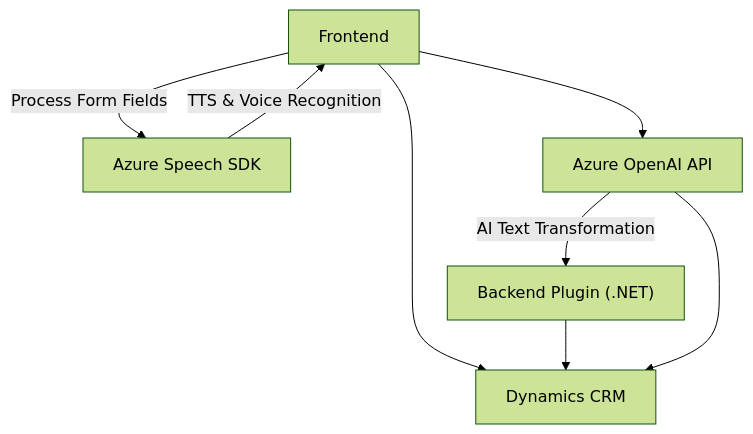
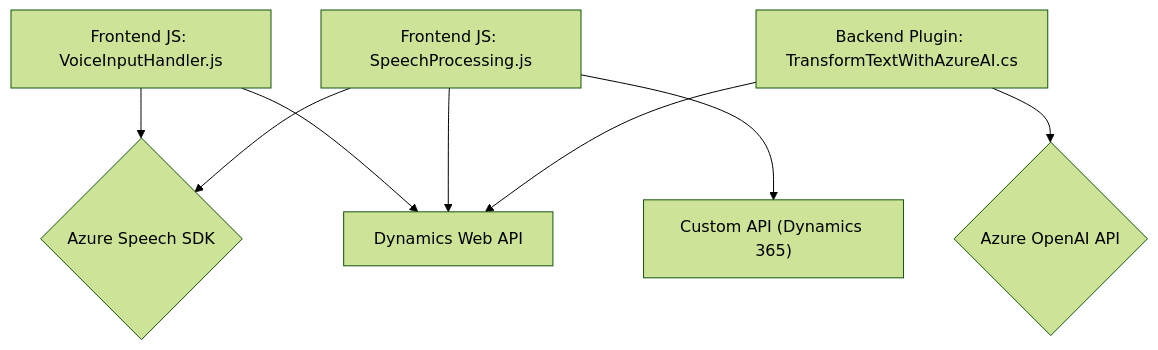
The diagram in README.md (blopezdm/NETCORE_BILBAO2025), drawn with Mermaid (forest theme) before and after one commit. The commit also changed other lines of this file, not shown here.

````diff
--- a/README.md
+++ b/README.md
@@ -59,16 +37,10 @@
 ```mermaid
 graph TD
-    A["Frontend"]
-    B["Azure Speech SDK"]
-    C["Azure OpenAI API"]
-    D["Dynamics CRM"]
-    E["Backend Plugin (.NET)"]
-
-    A -- Process Form Fields --> B
-    A --> D
-    B -- TTS & Voice Recognition --> A
-    A --> C
-    C -- AI Text Transformation --> E
-    E --> D
-    C --> D
+  A["Frontend JS: VoiceInputHandler.js"] --> B{"Azure Speech SDK"}
+  A["Frontend JS: VoiceInputHandler.js"] --> C["Dynamics Web API"]
+  D["Frontend JS: SpeechProcessing.js"] --> B{"Azure Speech SDK"}
+  D["Frontend JS: SpeechProcessing.js"] --> C["Dynamics Web API"]
+  D["Frontend JS: SpeechProcessing.js"] --> E["Custom API (Dynamics 365)"]
+  F["Backend Plugin: TransformTextWithAzureAI.cs"] --> G{"Azure OpenAI API"}
+  F["Backend Plugin: TransformTextWithAzureAI.cs"] --> C["Dynamics Web API"]
 ```
````
